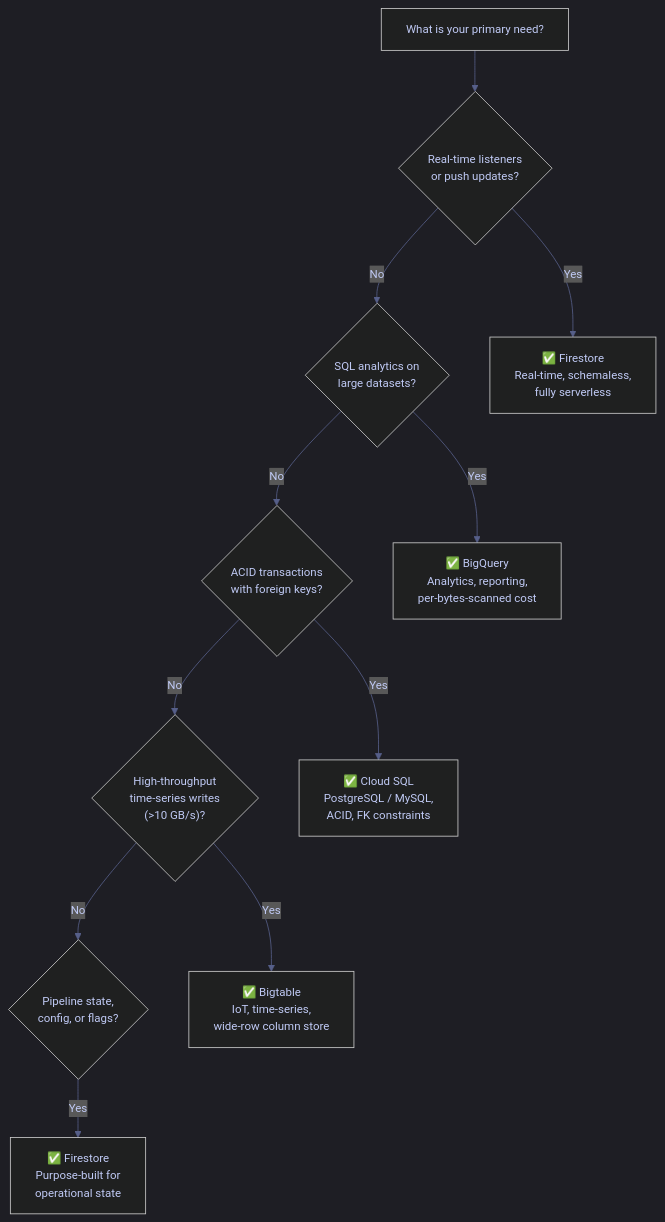
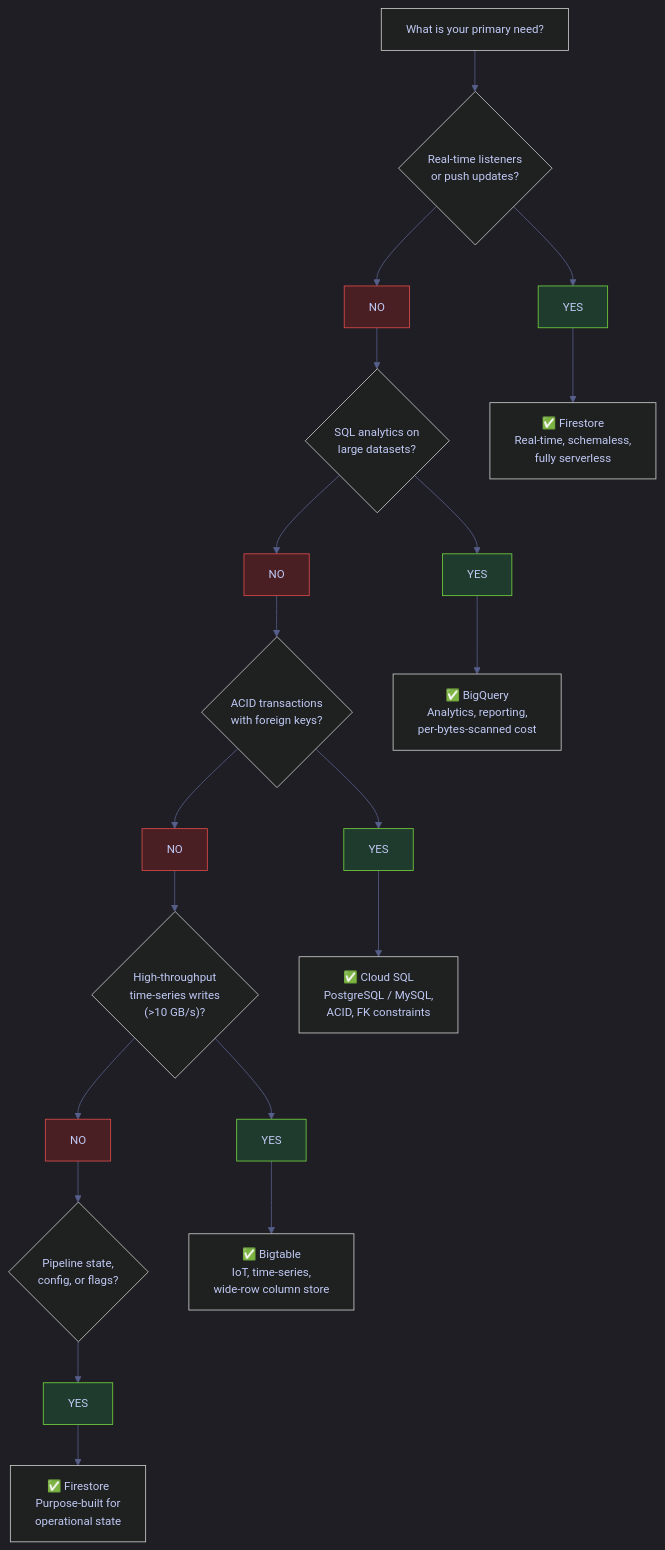
The second of 2 diagrams in content/06-GCP/04-Firestore/01-firestore-data-model-and-operations.md (alp78/elysium), drawn with Mermaid before and after one commit. The commit also changed other lines of this file and 1 other file, not shown here.

````diff
--- a/content/06-GCP/04-Firestore/01-firestore-data-model-and-operations.md
+++ b/content/06-GCP/04-Firestore/01-firestore-data-model-and-operations.md
@@ -1556,38 +1938,51 @@
 ```mermaid
 %%{init: {'theme': 'dark', 'themeVariables': {
   'primaryColor': '#292e42',
   'primaryTextColor': '#c0caf5',
   'primaryBorderColor': '#565f89',
   'lineColor': '#565f89',
   'secondaryColor': '#1a1b26',
   'tertiaryColor': '#24283b',
   'noteTextColor': '#c0caf5',
   'noteBkgColor': '#292e42',
   'textColor': '#c0caf5',
   'fontSize': '14px'
 }}}%%
 flowchart TD
     START["What is your primary need?"]
     Q1{"Real-time listeners<br>or push updates?"}
     Q2{"SQL analytics on<br>large datasets?"}
     Q3{"ACID transactions<br>with foreign keys?"}
     Q4{"High-throughput<br>time-series writes<br>(>10 GB/s)?"}
     Q5{"Pipeline state,<br>config, or flags?"}
 
     FS["✅ Firestore<br>Real-time, schemaless,<br>fully serverless"]
     BQ["✅ BigQuery<br>Analytics, reporting,<br>per-bytes-scanned cost"]
     SQL["✅ Cloud SQL<br>PostgreSQL / MySQL,<br>ACID, FK constraints"]
     BT["✅ Bigtable<br>IoT, time-series,<br>wide-row column store"]
     FS2["✅ Firestore<br>Purpose-built for<br>operational state"]
 
+    Y1["YES"]:::yes
+    N1["NO"]:::no
+    Y2["YES"]:::yes
+    N2["NO"]:::no
+    Y3["YES"]:::yes
+    N3["NO"]:::no
+    Y4["YES"]:::yes
+    N4["NO"]:::no
+    Y5["YES"]:::yes
+
     START --> Q1
-    Q1 -->|Yes| FS
-    Q1 -->|No| Q2
-    Q2 -->|Yes| BQ
-    Q2 -->|No| Q3
-    Q3 -->|Yes| SQL
-    Q3 -->|No| Q4
-    Q4 -->|Yes| BT
-    Q4 -->|No| Q5
-    Q5 -->|Yes| FS2
+    Q1 --> Y1 --> FS
+    Q1 --> N1 --> Q2
+    Q2 --> Y2 --> BQ
+    Q2 --> N2 --> Q3
+    Q3 --> Y3 --> SQL
+    Q3 --> N3 --> Q4
+    Q4 --> Y4 --> BT
+    Q4 --> N4 --> Q5
+    Q5 --> Y5 --> FS2
+
+    classDef yes fill:#1f3b2d,stroke:#73d13d,color:#c0caf5
+    classDef no fill:#4a1f24,stroke:#db4b4b,color:#c0caf5
 ```
````
